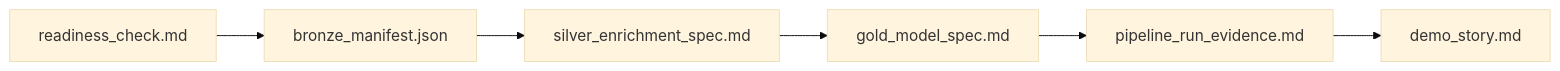
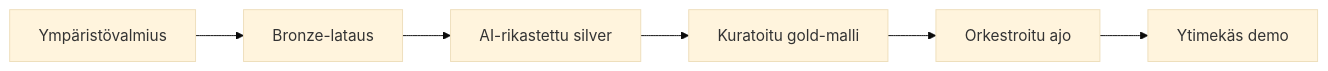
One commit to lkananen/innovaatio-hackaton-2026-kesakuu changed the diagram in site/src/content/docs/fabric-ai/wrap-up.md. Above: the diagram before and after it, drawn with Mermaid (base theme). The commit also changed other lines of this file and 59 other files, not shown here.

````diff
--- a/site/src/content/docs/fabric-ai/wrap-up.md
+++ b/site/src/content/docs/fabric-ai/wrap-up.md
@@ -21,8 +19,8 @@
 ```mermaid
 flowchart LR
-  A[readiness_check.md] --> B[bronze_manifest.json]
-  B --> C[silver_enrichment_spec.md]
-  C --> D[gold_model_spec.md]
-  D --> E[pipeline_run_evidence.md]
-  E --> F[demo_story.md]
+  A[Ympäristövalmius] --> B[Bronze-lataus]
+  B --> C[AI-rikastettu silver]
+  C --> D[Kuratoitu gold-malli]
+  D --> E[Orkestroitu ajo]
+  E --> F[Ytimekäs demo]
 ```
````
